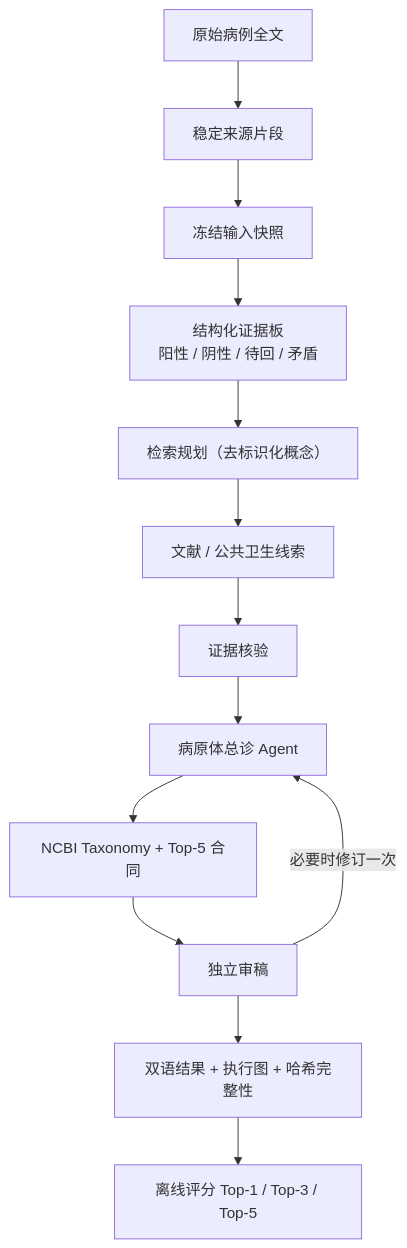
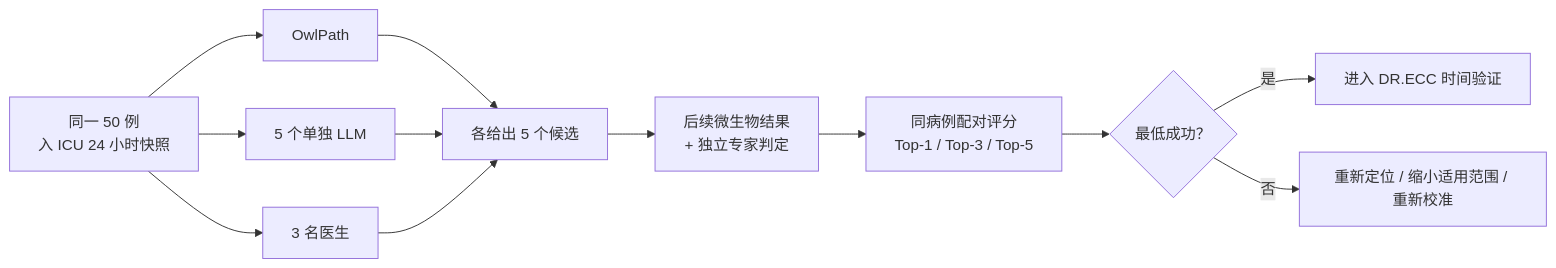
The fifth of 5 diagrams in README.md (188097259-web/OwlPath), drawn with Mermaid before and after one commit. The commit also changed other lines of this file and 2 other files, not shown here.

First line of the commit message:
docs(readme): switch Mermaid diagrams to medical perspective

````diff
--- a/README.md
+++ b/README.md
@@ -135,15 +215,14 @@
 ```mermaid
-flowchart TD
-    S0["原始病例全文"] --> S1["稳定来源片段"]
-    S1 --> S2["冻结输入快照"]
-    S2 --> S3["结构化证据板<br/>阳性 / 阴性 / 待回 / 矛盾"]
-    S3 --> S4["检索规划（去标识化概念）"]
-    S4 --> S5["文献 / 公共卫生线索"]
-    S5 --> S6["证据核验"]
-    S6 --> S7["病原体总诊 Agent"]
-    S7 --> S8["NCBI Taxonomy + Top-5 合同"]
-    S8 --> S9["独立审稿"]
-    S9 -->|"必要时修订一次"| S7
-    S9 --> S10["双语结果 + 执行图 + 哈希完整性"]
-    S10 --> S11["离线评分 Top-1 / Top-3 / Top-5"]
+flowchart LR
+    P0["同一 50 例<br/>入 ICU 24 小时快照"] --> A["OwlPath"]
+    P0 --> B["5 个单独 LLM"]
+    P0 --> C["3 名医生"]
+    A --> G["各给出 5 个候选"]
+    B --> G
+    C --> G
+    G --> T["后续微生物结果<br/>+ 独立专家判定"]
+    T --> S["同病例配对评分<br/>Top-1 / Top-3 / Top-5"]
+    S --> R{"最低成功？"}
+    R -- "是" --> OK["进入 DR.ECC 时间验证"]
+    R -- "否" --> RE["重新定位 / 缩小适用范围 / 重新校准"]
 ```
````
